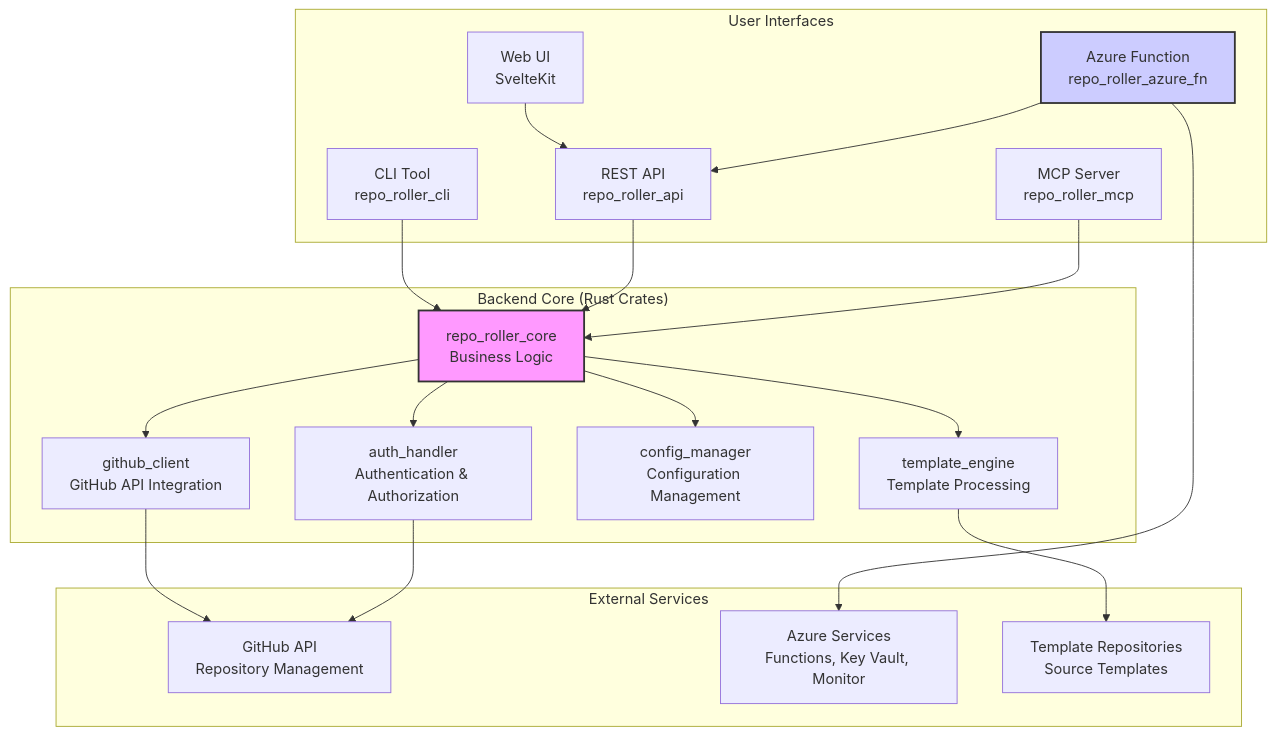
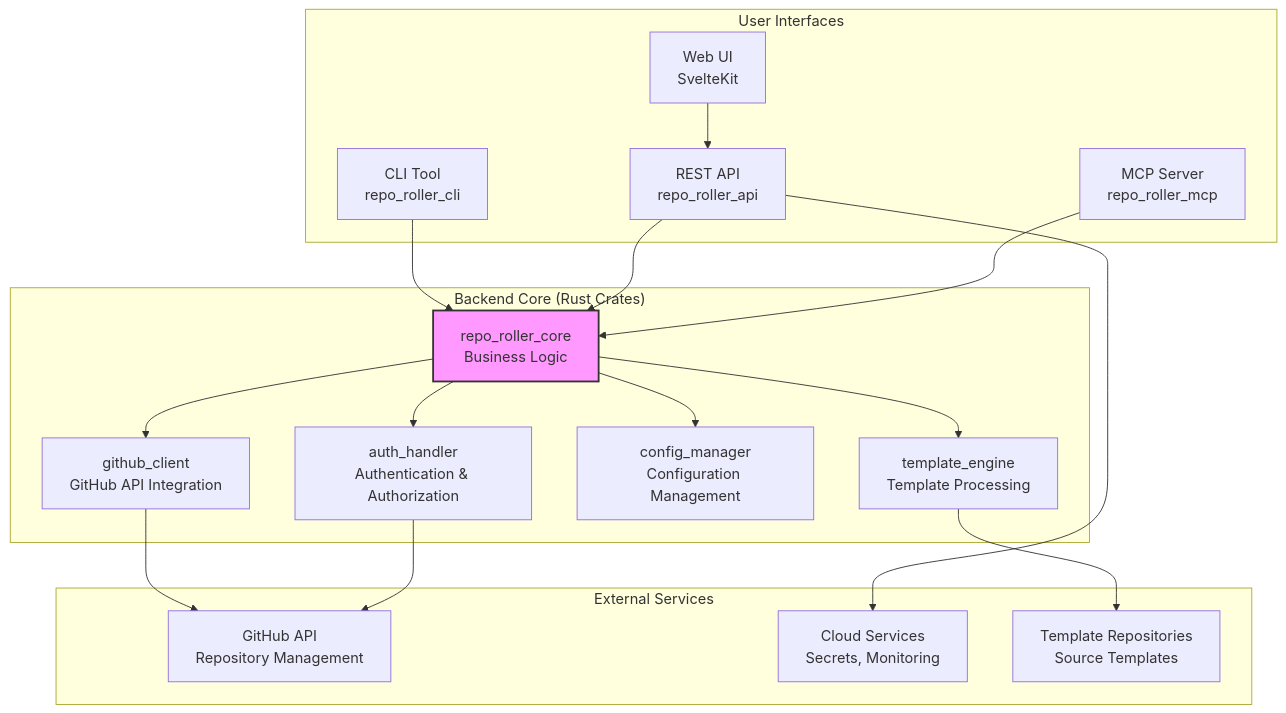
Before and after one commit to pvandervelde/repo_roller: the first of 4 diagrams in docs/spec/architecture/system-overview.md, drawn with Mermaid. The commit also changed other lines of this file and 14 other files, not shown here.

Commit message:
docs: remove Azure Functions as first-class deployment interface

````diff
--- a/docs/spec/architecture/system-overview.md
+++ b/docs/spec/architecture/system-overview.md
@@ -7,43 +7,40 @@
 ```mermaid
 graph TD
     subgraph "User Interfaces"
         CLI[CLI Tool<br/>repo_roller_cli]
         Web[Web UI<br/>SvelteKit]
         API[REST API<br/>repo_roller_api]
         MCP[MCP Server<br/>repo_roller_mcp]
-        AzureFn[Azure Function<br/>repo_roller_azure_fn]
     end
 
     subgraph "Backend Core (Rust Crates)"
         Core[repo_roller_core<br/>Business Logic]
         GitHub[github_client<br/>GitHub API Integration]
         Template[template_engine<br/>Template Processing]
         Config[config_manager<br/>Configuration Management]
         Auth[auth_handler<br/>Authentication & Authorization]
     end
 
     subgraph "External Services"
         GitHubAPI[GitHub API<br/>Repository Management]
-        AzureServices[Azure Services<br/>Functions, Key Vault, Monitor]
+        CloudServices[Cloud Services<br/>Secrets, Monitoring]
         TemplateRepos[Template Repositories<br/>Source Templates]
     end
 
     CLI --> Core
     Web --> API
     API --> Core
     MCP --> Core
-    AzureFn --> API
 
     Core --> GitHub
     Core --> Template
     Core --> Config
     Core --> Auth
 
     GitHub --> GitHubAPI
     Template --> TemplateRepos
     Auth --> GitHubAPI
-    AzureFn --> AzureServices
+    API --> CloudServices
 
     style Core fill:#f9f,stroke:#333,stroke-width:2px
-    style AzureFn fill:#ccf,stroke:#333,stroke-width:2px
 ```
````
